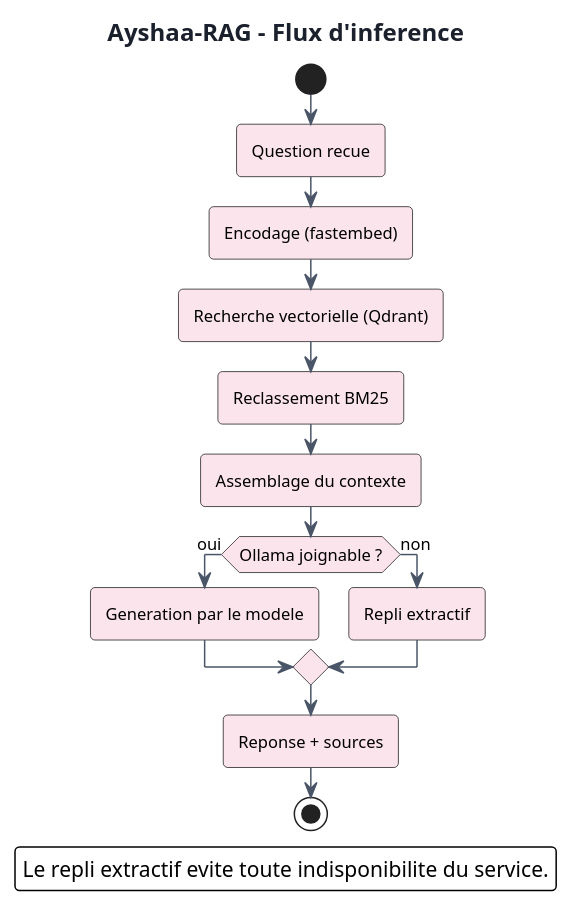
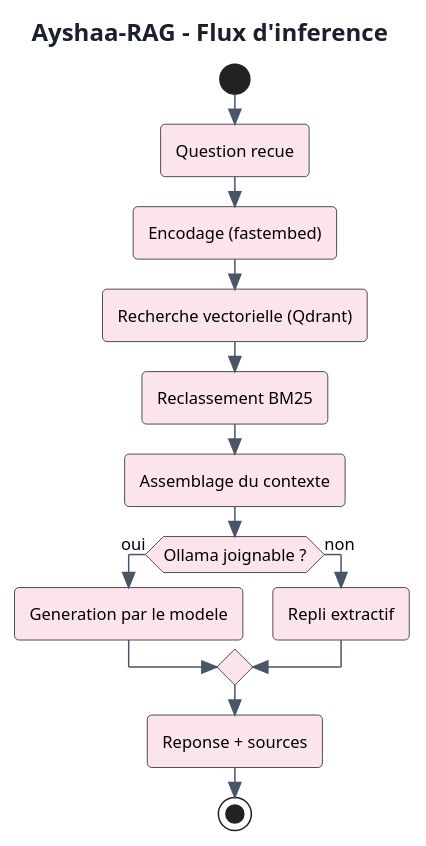
The diagram in docs/diagrams/microservices/Ayshaa-RAG/Ayshaa-RAG-inference-flow.puml (saber-barhoumi/Xpark-gmao), drawn with PlantUML before and after one commit. The commit also changed 192 other files, not shown here.

First line of the commit message:
docs(uml): mise aux normes academiques des diagrammes des microservices

```diff
--- a/docs/diagrams/microservices/Ayshaa-RAG/Ayshaa-RAG-inference-flow.puml
+++ b/docs/diagrams/microservices/Ayshaa-RAG/Ayshaa-RAG-inference-flow.puml
@@ -1,36 +1,33 @@
 @startuml
+skinparam style strictuml
 skinparam backgroundColor #FFFFFF
 skinparam shadowing false
 skinparam defaultFontName Verdana
 skinparam defaultFontSize 11
 skinparam roundCorner 6
 skinparam ArrowColor #4A5568
 skinparam TitleFontSize 16
 skinparam TitleFontColor #1A202C
 skinparam NoteBackgroundColor #FFF8DC
 skinparam NoteBorderColor #D6BF7A
 skinparam componentStyle rectangle
 
 title Ayshaa-RAG - Flux d'inference
 
 skinparam ActivityBackgroundColor #FCE4EC
 
 start
 :Question recue;
 :Encodage (fastembed);
 :Recherche vectorielle (Qdrant);
 :Reclassement BM25;
 :Assemblage du contexte;
 if (Ollama joignable ?) then (oui)
   :Generation par le modele;
 else (non)
   :Repli extractif;
 endif
 :Reponse + sources;
 stop
 
-legend right
-Le repli extractif evite toute indisponibilite du service.
-endlegend
-
 @enduml
```
